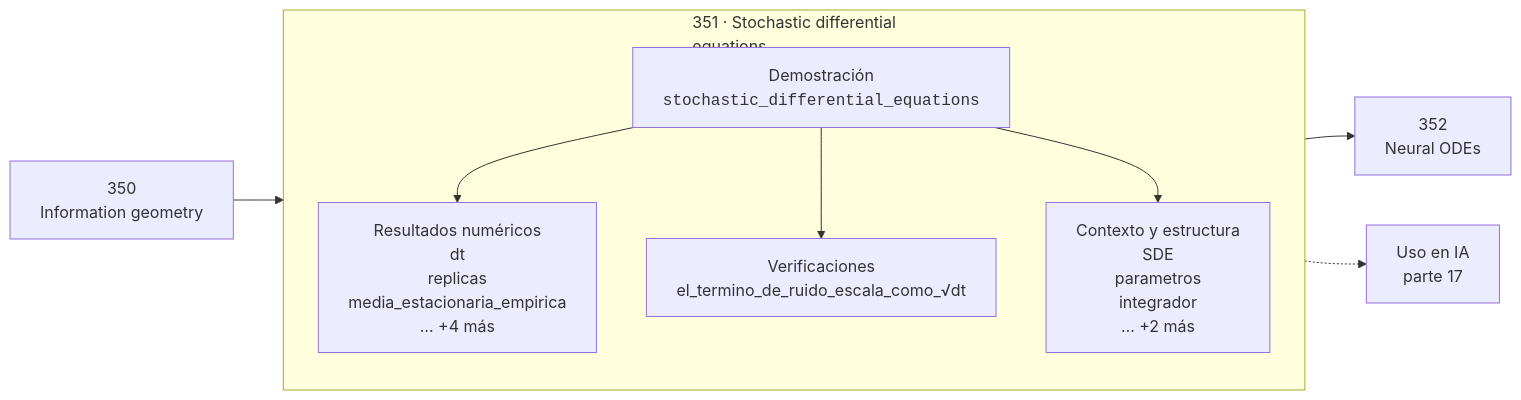
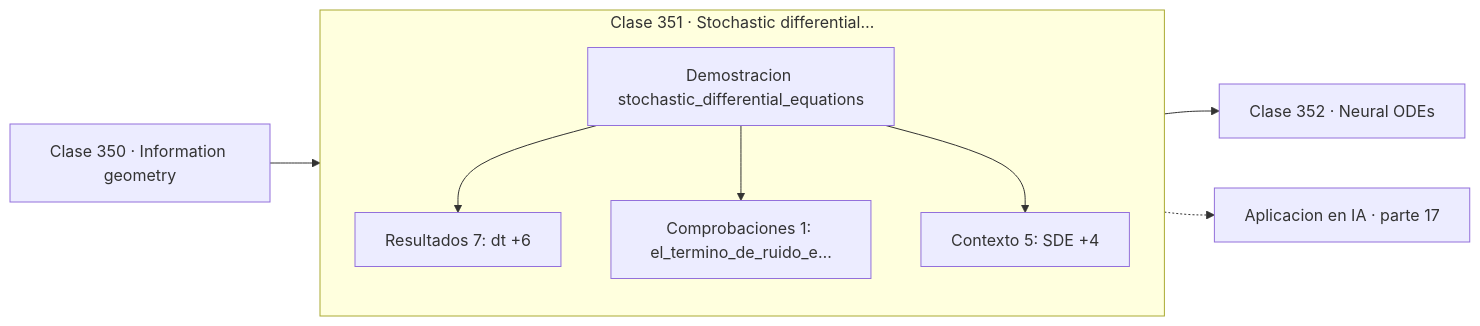
The diagram in classes/part-17-frontera-matematica-para-ia-e-investigacion/351-stochastic-differential-equations/README.md (vladimiracunadev-create/computational-mathematics-program), drawn with Mermaid before and after one commit. The commit also changed 389 other files, not shown here.

First line of the commit message:
fix(diagramas): elimina el HTML de las etiquetas Mermaid

````diff
--- a/classes/part-17-frontera-matematica-para-ia-e-investigacion/351-stochastic-differential-equations/README.md
+++ b/classes/part-17-frontera-matematica-para-ia-e-investigacion/351-stochastic-differential-equations/README.md
@@ -30,12 +30,13 @@
 ```mermaid
 flowchart LR
-    P["350<br/>Information geometry"] --> C
-    subgraph C["351 · Stochastic differential<br/>equations"]
+    P["Clase 350 · Information geometry"] --> D
+    subgraph CLASE["Clase 351 · Stochastic differential…"]
         direction TB
-        D["Demostración<br/><code>stochastic_differential_equations</code>"] --> R["Resultados numéricos<br/>dt<br/>replicas<br/>media_estacionaria_empirica<br/>… +4 más"]
-        D --> V["Verificaciones<br/>el_termino_de_ruido_escala_como_√dt"]
-        D --> O["Contexto y estructura<br/>SDE<br/>parametros<br/>integrador<br/>… +2 más"]
+        D["Demostracion stochastic_differential_equations"]
+        D --> R["Resultados 7: dt +6"]
+        D --> V["Comprobaciones 1: el_termino_de_ruido_e…"]
+        D --> O["Contexto 5: SDE +4"]
     end
-    C --> N["352<br/>Neural ODEs"]
-    C -.-> IA["Uso en IA<br/>parte 17"]
+    R --> N["Clase 352 · Neural ODEs"]
+    V -.-> IA["Aplicacion en IA · parte 17"]
 ```
````
